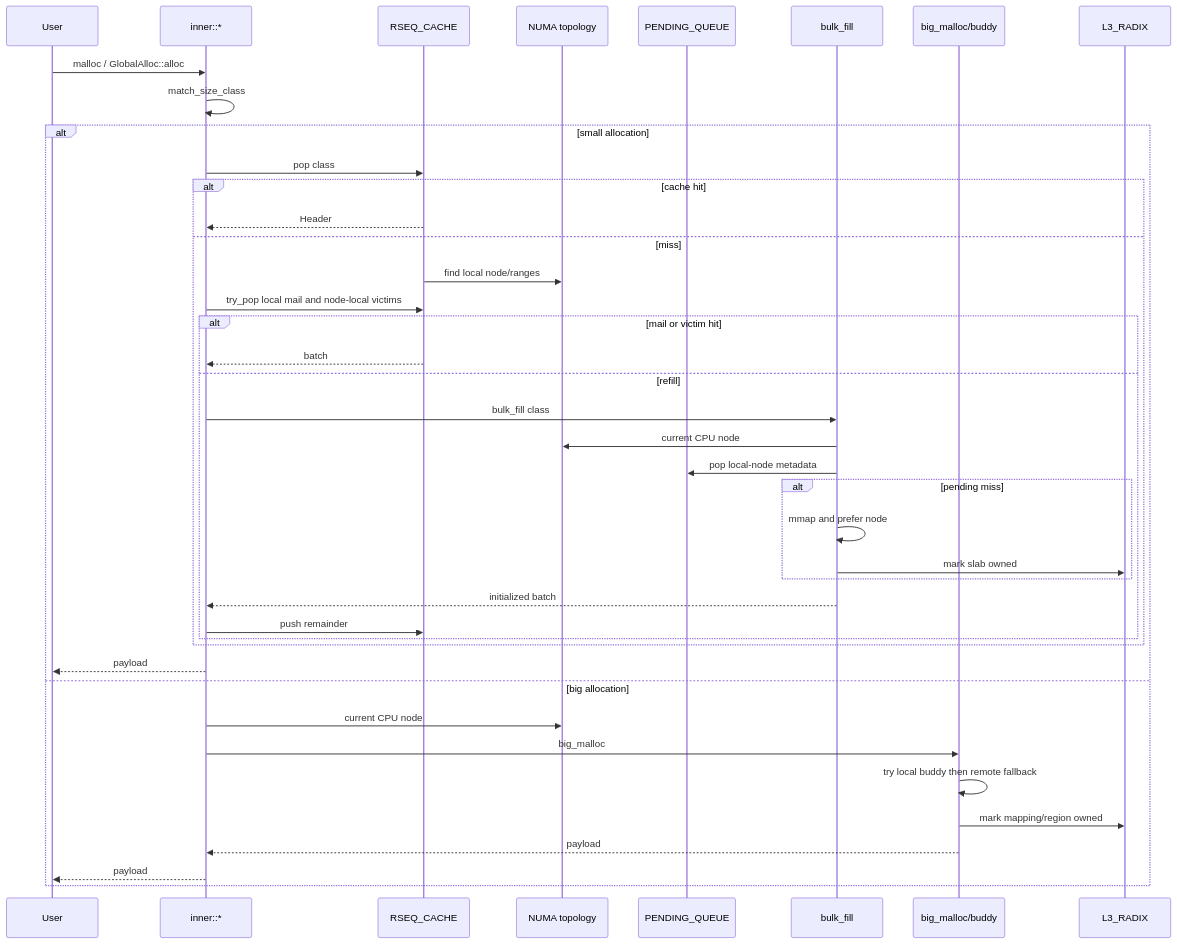
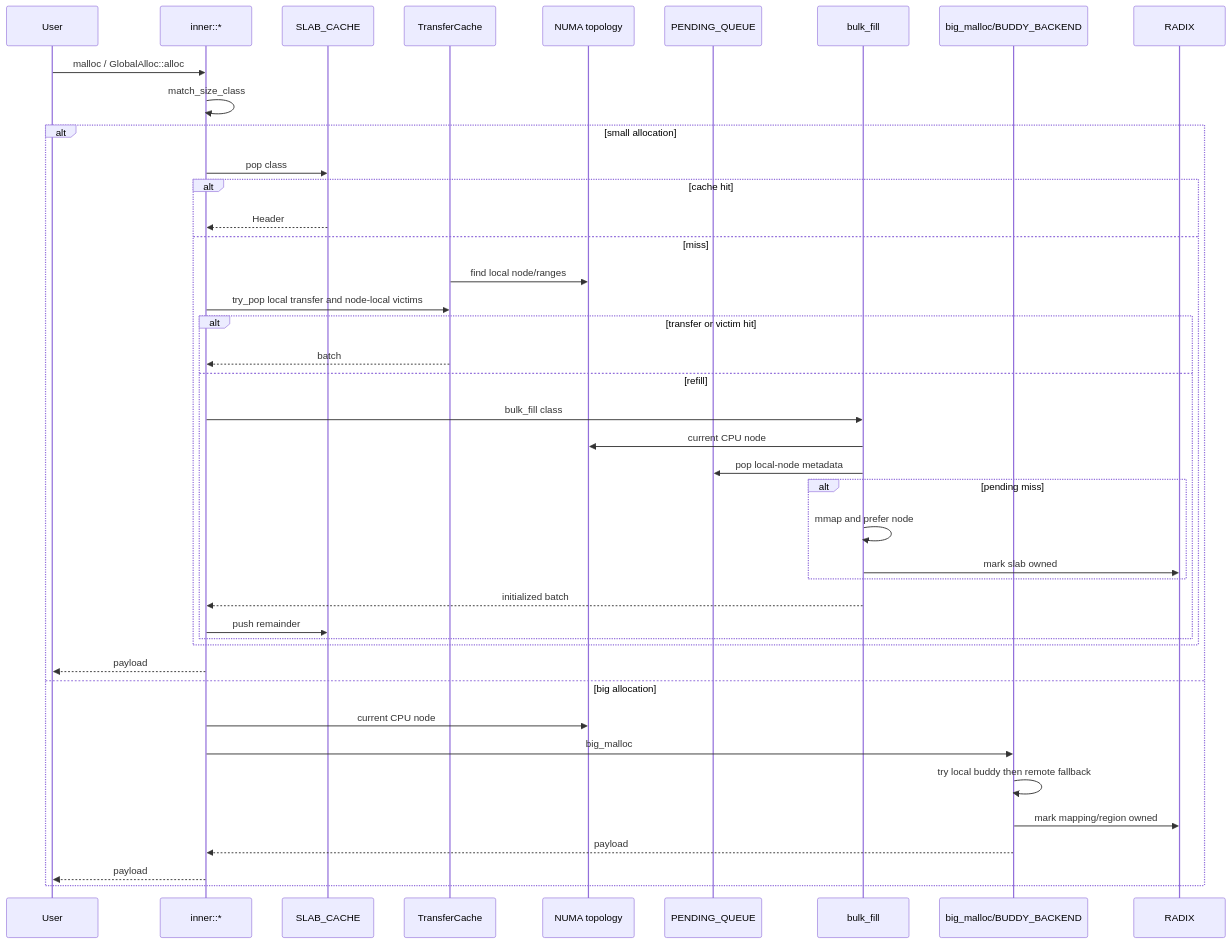
One commit to Metehan120/rsmalloc changed the fourth of 4 diagrams in architecture.md. Above: the diagram before and after it, drawn with Mermaid. The commit also changed other lines of this file and 31 other files, not shown here.

````diff
--- a/architecture.md
+++ b/architecture.md
@@ -536,44 +558,45 @@
 ```mermaid
 sequenceDiagram
     participant User
     participant Inner as inner::*
-    participant RSEQ as RSEQ_CACHE
+    participant Slab as SLAB_CACHE
+    participant Transfer as TransferCache
     participant NUMA as NUMA topology
     participant Pending as PENDING_QUEUE
     participant Refill as bulk_fill
-    participant Big as big_malloc/buddy
-    participant Radix as L3_RADIX
+    participant Big as big_malloc/BUDDY_BACKEND
+    participant Radix as RADIX
 
     User->>Inner: malloc / GlobalAlloc::alloc
     Inner->>Inner: match_size_class
     alt small allocation
-        Inner->>RSEQ: pop class
+        Inner->>Slab: pop class
         alt cache hit
-            RSEQ-->>Inner: Header
+            Slab-->>Inner: Header
         else miss
-            RSEQ->>NUMA: find local node/ranges
-            Inner->>RSEQ: try_pop local mail and node-local victims
-            alt mail or victim hit
-                RSEQ-->>Inner: batch
+            Transfer->>NUMA: find local node/ranges
+            Inner->>Transfer: try_pop local transfer and node-local victims
+            alt transfer or victim hit
+                Transfer-->>Inner: batch
             else refill
                 Inner->>Refill: bulk_fill class
                 Refill->>NUMA: current CPU node
                 Refill->>Pending: pop local-node metadata
                 alt pending miss
                     Refill->>Refill: mmap and prefer node
                     Refill->>Radix: mark slab owned
                 end
                 Refill-->>Inner: initialized batch
-                Inner->>RSEQ: push remainder
+                Inner->>Slab: push remainder
             end
         end
         Inner-->>User: payload
     else big allocation
         Inner->>NUMA: current CPU node
         Inner->>Big: big_malloc
         Big->>Big: try local buddy then remote fallback
         Big->>Radix: mark mapping/region owned
         Big-->>Inner: payload
         Inner-->>User: payload
     end
 ```
````
